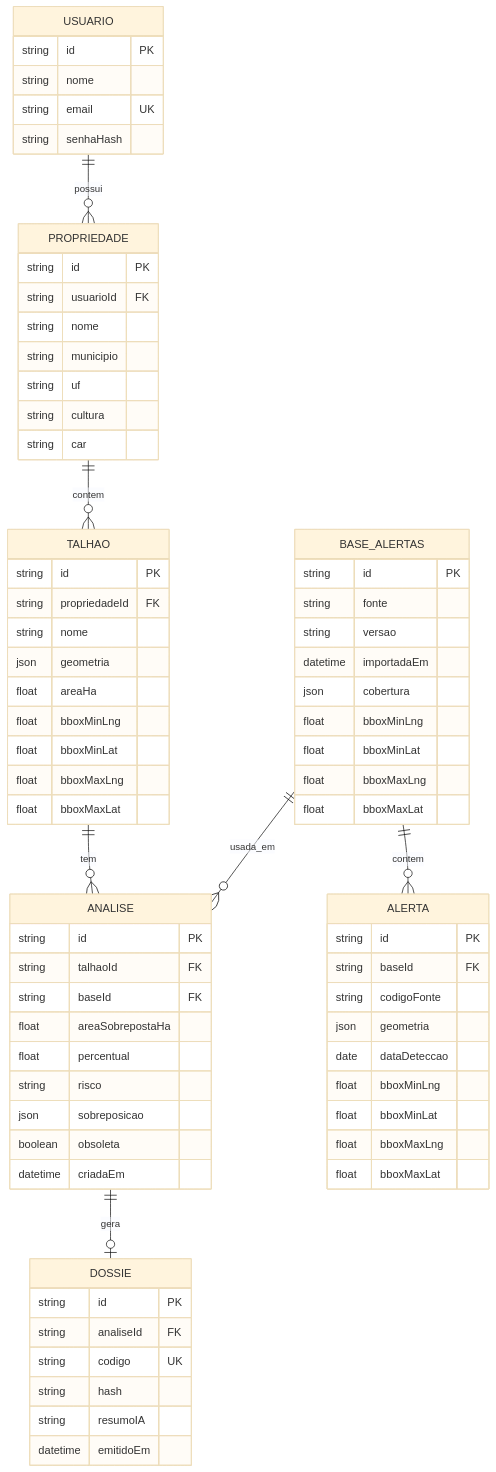
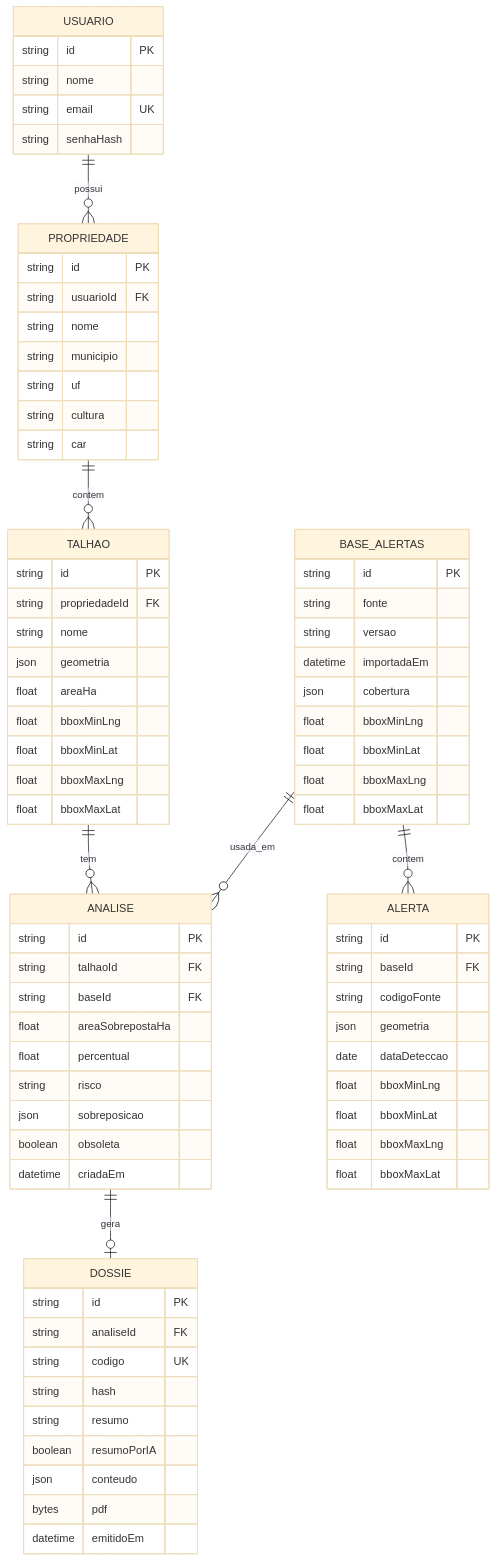
Before and after one commit to luizacoelh/RastroVerde: the fourth of 5 diagrams in docs/04-arquitetura.md, drawn with Mermaid (base theme). The commit also changed other lines of this file and 3 other files, not shown here.

````diff
--- a/docs/04-arquitetura.md
+++ b/docs/04-arquitetura.md
@@ -142,77 +150,80 @@
 ```mermaid
 erDiagram
   USUARIO ||--o{ PROPRIEDADE : possui
   PROPRIEDADE ||--o{ TALHAO : contem
   TALHAO ||--o{ ANALISE : tem
   ANALISE ||--o| DOSSIE : gera
   BASE_ALERTAS ||--o{ ALERTA : contem
   BASE_ALERTAS ||--o{ ANALISE : usada_em
 
   USUARIO {
     string id PK
     string nome
     string email UK
     string senhaHash
   }
   PROPRIEDADE {
     string id PK
     string usuarioId FK
     string nome
     string municipio
     string uf
     string cultura
     string car
   }
   TALHAO {
     string id PK
     string propriedadeId FK
     string nome
     json geometria
     float areaHa
     float bboxMinLng
     float bboxMinLat
     float bboxMaxLng
     float bboxMaxLat
   }
   ALERTA {
     string id PK
     string baseId FK
     string codigoFonte
     json geometria
     date dataDeteccao
     float bboxMinLng
     float bboxMinLat
     float bboxMaxLng
     float bboxMaxLat
   }
   BASE_ALERTAS {
     string id PK
     string fonte
     string versao
     datetime importadaEm
     json cobertura
     float bboxMinLng
     float bboxMinLat
     float bboxMaxLng
     float bboxMaxLat
   }
   ANALISE {
     string id PK
     string talhaoId FK
     string baseId FK
     float areaSobrepostaHa
     float percentual
     string risco
     json sobreposicao
     boolean obsoleta
     datetime criadaEm
   }
   DOSSIE {
     string id PK
     string analiseId FK
     string codigo UK
     string hash
-    string resumoIA
+    string resumo
+    boolean resumoPorIA
+    json conteudo
+    bytes pdf
     datetime emitidoEm
   }
 ```
````
